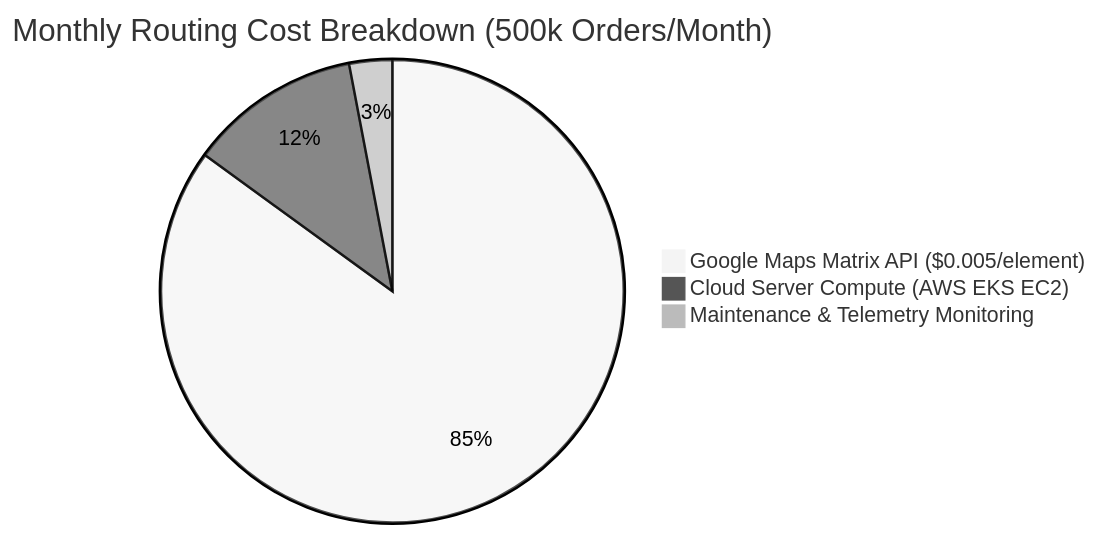
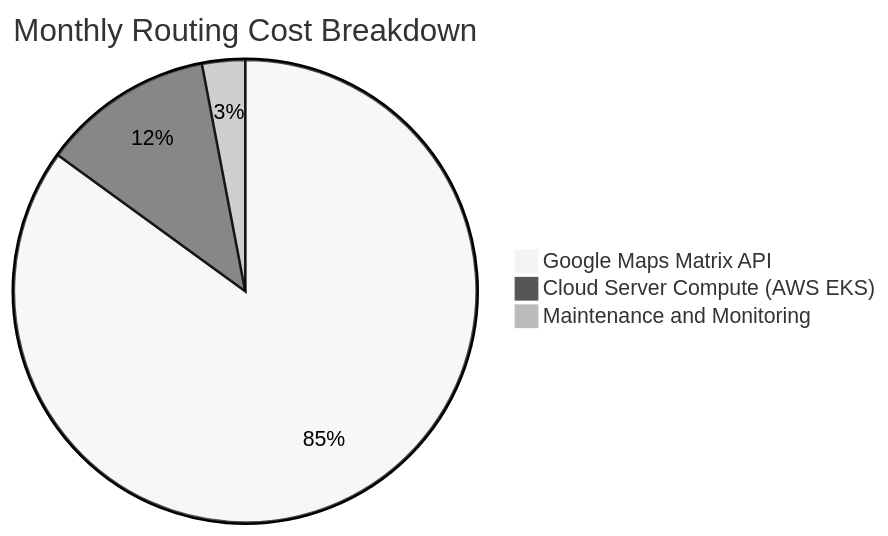
One commit to vesviet/vesviet changed the sixth of 6 diagrams in content/posts/cvrp-vrptw-alns-fleet-optimization-golang-architecture.md. Above: the diagram before and after it, drawn with Mermaid (neutral theme). The commit also changed other lines of this file, not shown here.

First line of the commit message:
fix(diagrams): sanitize mermaid diagrams for version 10.9.3 compatibility

````diff
--- a/content/posts/cvrp-vrptw-alns-fleet-optimization-golang-architecture.md
+++ b/content/posts/cvrp-vrptw-alns-fleet-optimization-golang-architecture.md
@@ -524,6 +524,6 @@
 ```mermaid
-pie title Monthly Routing Cost Breakdown (500k Orders/Month)
-    "Google Maps Matrix API ($0.005/element)": 85
-    "Cloud Server Compute (AWS EKS EC2)": 12
-    "Maintenance & Telemetry Monitoring": 3
+pie title Monthly Routing Cost Breakdown
+    "Google Maps Matrix API": 85
+    "Cloud Server Compute (AWS EKS)": 12
+    "Maintenance and Monitoring": 3
 ```
````
